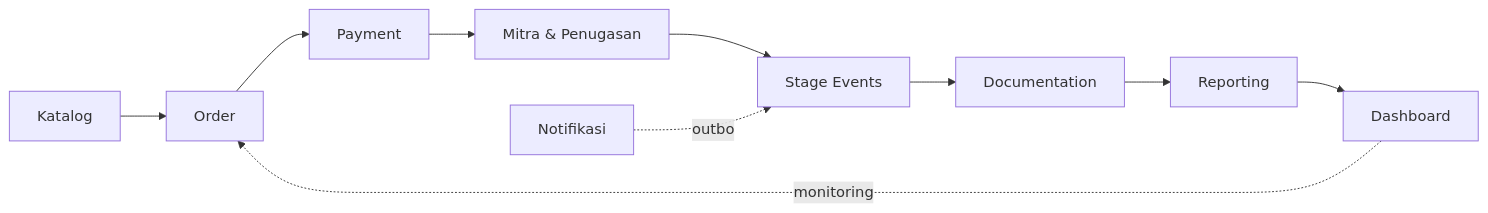
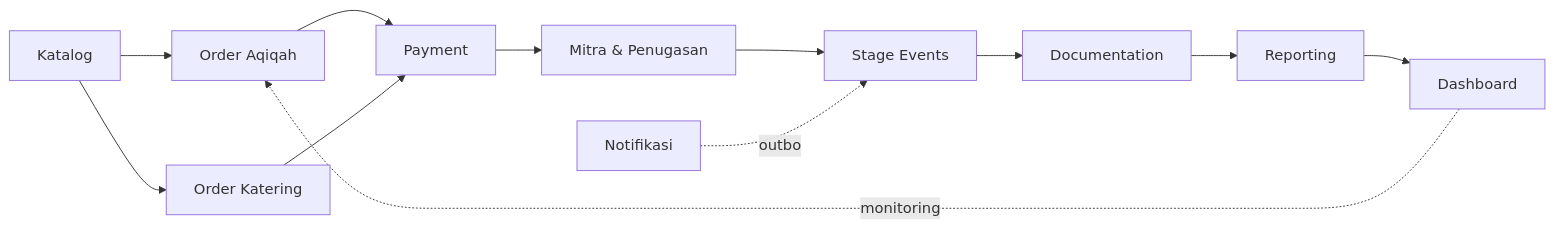
The diagram in docs/06_MODULE_BREAKDOWN.md (aiagent-zs/suksesaqiqah1), drawn with Mermaid before and after one commit. The commit also changed other lines of this file and 52 other files, not shown here.

````diff
--- a/docs/06_MODULE_BREAKDOWN.md
+++ b/docs/06_MODULE_BREAKDOWN.md
@@ -23,12 +23,14 @@
 ```mermaid
 flowchart LR
-    KAT[Katalog] --> OM[Order]
+    KAT[Katalog] --> OM[Order Aqiqah]
+    KAT --> KTR[Order Katering]
     OM --> PM[Payment]
+    KTR --> PM
     PM --> VM[Mitra & Penugasan]
     VM --> ST[Stage Events]
     ST --> DOC[Documentation]
     DOC --> RM[Reporting]
     RM --> DASH[Dashboard]
     NOT[Notifikasi] -.outbox.-> ST
     DASH -.monitoring.-> OM
 ```
````
